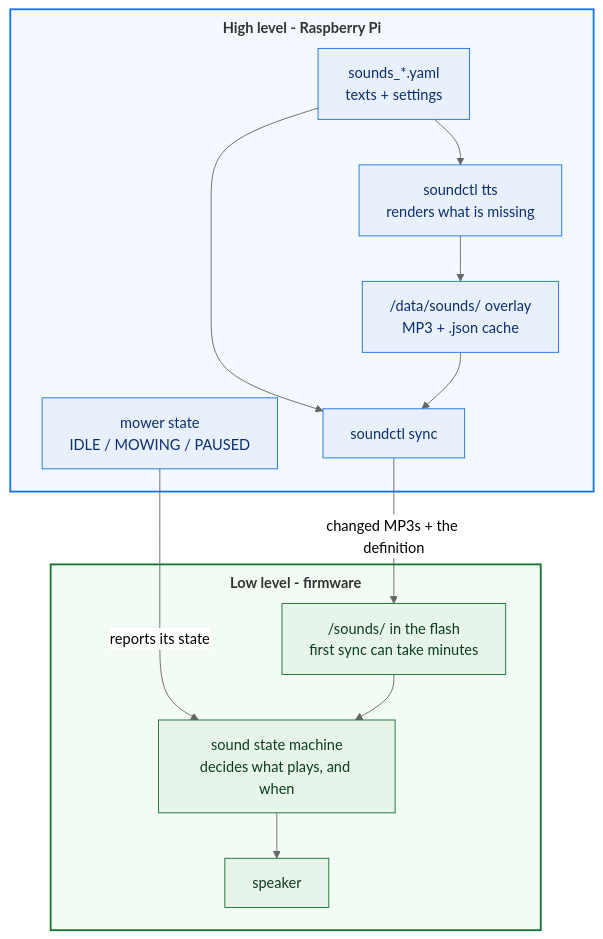
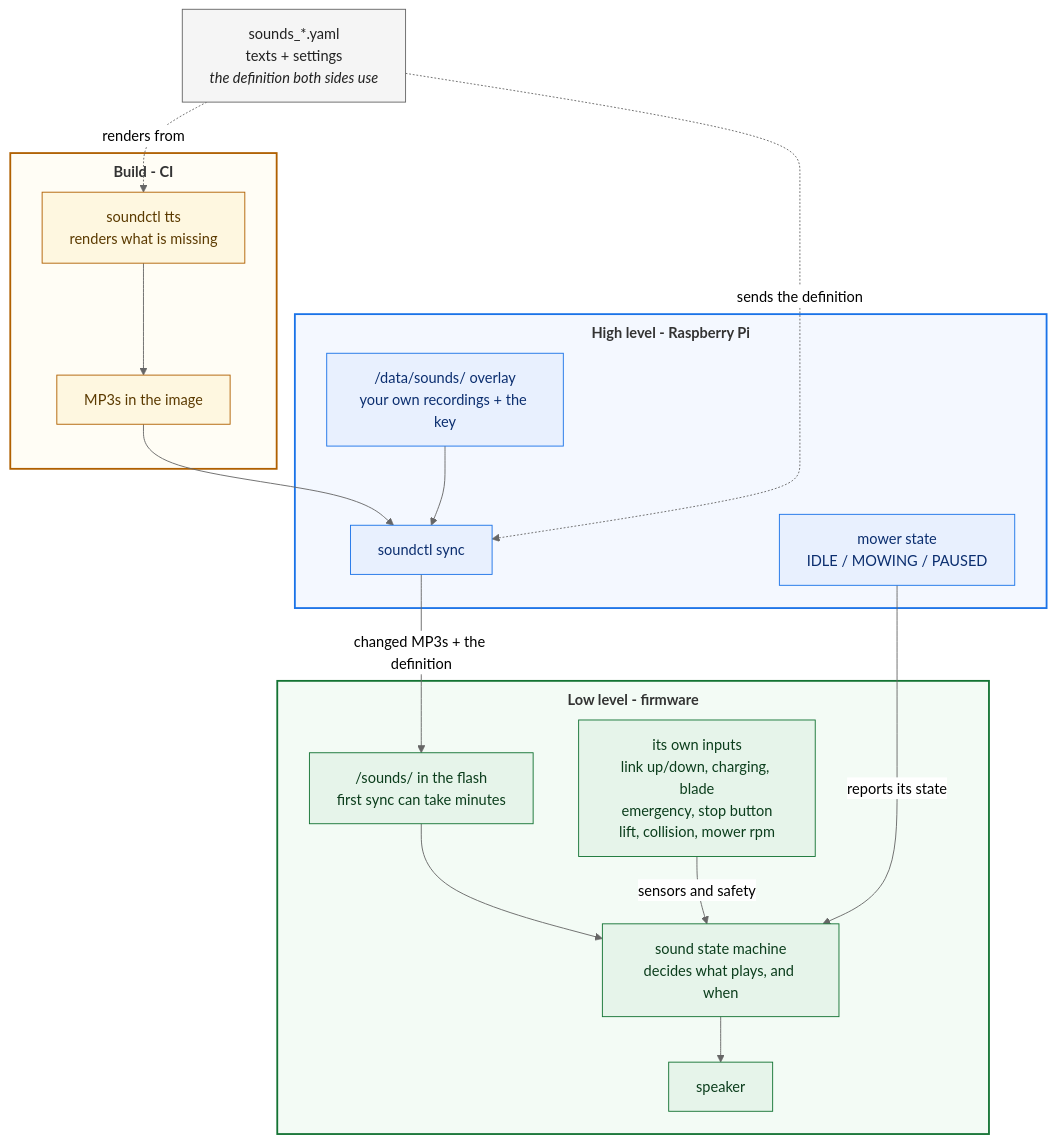
One commit to ClemensElflein/openmower.de changed the diagram in content/en/docs/Knowledge-Base/configuration/sound/index.md. Above: the diagram before and after it, drawn with Mermaid (neutral theme). The commit also changed other lines of this file and 1 other file, not shown here.

Commit message:
docs(sound): make the definition a source above the levels, not a high-level step
The diagram had sounds_*.yaml inside the high-level box with a solid arrow into
the build block and another one back, which read as "the Pi orders the CI to
render and gets the audio back". The definition is a source both sides use, so
it is now its own node above the levels, connected with dotted edges (reads
from) while solid edges keep meaning data flow.

The MP3 node is split for the same reason: the build produces the files in the
image, the high level only has its own overlay (recordings and the API key).

````diff
--- a/content/en/docs/Knowledge-Base/configuration/sound/index.md
+++ b/content/en/docs/Knowledge-Base/configuration/sound/index.md
@@ -43,30 +43,41 @@
 ```mermaid
 %%{init: {"flowchart": {"subGraphTitleMargin": {"top": 8, "bottom": 10}}}}%%
 flowchart TD
+    Y["sounds_*.yaml<br/>texts + settings<br/><i>the definition both sides use</i>"]
+    subgraph BUILD["<b>Build - CI</b>"]
+        T["soundctl tts<br/>renders what is missing"]
+        O["MP3s in the image"]
+    end
     subgraph HL["<b>High level - Raspberry Pi</b>"]
-        Y["sounds_*.yaml<br/>texts + settings"]
-        T["soundctl tts<br/>renders what is missing"]
-        O["/data/sounds/ overlay<br/>MP3 + .json cache"]
+        OV["/data/sounds/ overlay<br/>your own recordings + the key"]
         S["soundctl sync"]
         R["mower state<br/>IDLE / MOWING / PAUSED"]
     end
     subgraph LL["<b>Low level - firmware</b>"]
         F["/sounds/ in the flash<br/>first sync can take minutes"]
+        IN["its own inputs<br/>link up/down, charging, blade<br/>emergency, stop button<br/>lift, collision, mower rpm"]
         M["sound state machine<br/>decides what plays, and when"]
         P["speaker"]
     end
-    Y --> T
+    Y -.->|"renders from"| T
+    Y -.->|"sends the definition"| S
     T --> O
-    Y --> S
     O --> S
+    OV --> S
     S -->|"changed MP3s + the definition"| F
     R -->|"reports its state"| M
+    IN -->|"sensors and safety"| M
     F --> M
     M --> P
+    classDef src fill:#f5f5f5,stroke:#666666,color:#222222
+    classDef build fill:#fef7e0,stroke:#b06000,color:#5b3a00
     classDef hl fill:#e8f0fe,stroke:#1a73e8,color:#0b2e6f
     classDef ll fill:#e6f4ea,stroke:#137333,color:#0b3d1c
-    class Y,T,O,S,R hl
-    class F,M,P ll
+    class Y src
+    class T,O build
+    class OV,S,R hl
+    class F,IN,M,P ll
+    style BUILD fill:#fffdf5,stroke:#b06000,stroke-width:2px
     style HL fill:#f4f8ff,stroke:#1a73e8,stroke-width:2px
     style LL fill:#f3fbf5,stroke:#137333,stroke-width:2px
 ```
````
